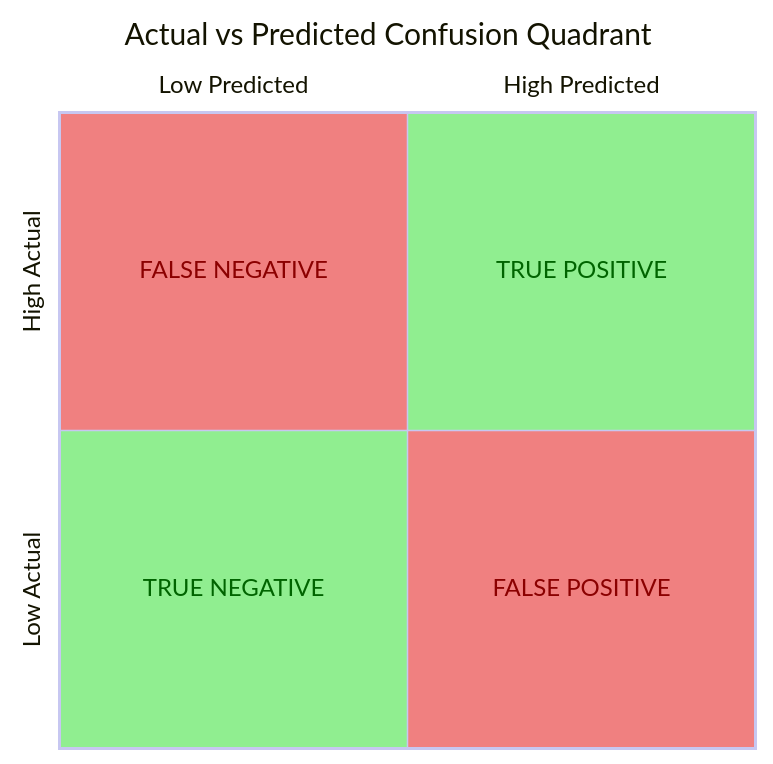
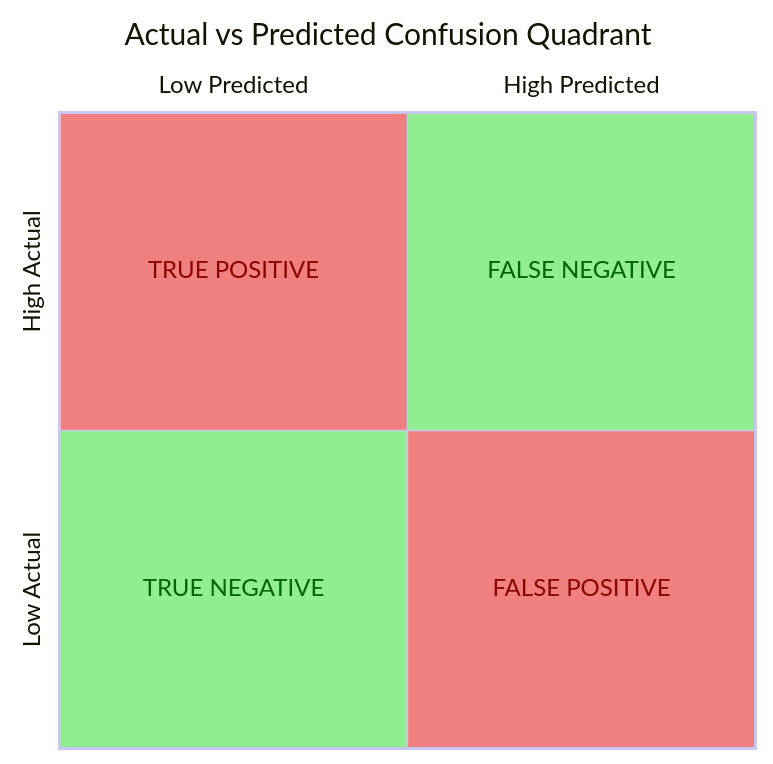
One commit to VanshDeshwal/notes changed the seventh of 7 diagrams in Data Science Notes/100 days of ML/Machine Learning Notes.md. Above: the diagram before and after it, drawn with Mermaid.

Commit message:
vault backup: 2025-08-05 01:22:43

````diff
--- a/Data Science Notes/100 days of ML/Machine Learning Notes.md
+++ b/Data Science Notes/100 days of ML/Machine Learning Notes.md
@@ -1555,24 +1555,24 @@
 ```mermaid
 %%{init: {
   "theme": "default",
   "themeVariables": {
     "quadrant1Fill": "#90ee90",
     "quadrant1TextFill": "#006400",
     "quadrant2Fill": "#f08080",
     "quadrant2TextFill": "#8b0000",
     "quadrant3Fill": "#90ee90",
     "quadrant3TextFill": "#006400",
     "quadrant4Fill": "#f08080",
     "quadrant4TextFill": "#8b0000"
   }
 }}%%
 quadrantChart
     title Actual vs Predicted Confusion Quadrant
     x-axis Low Predicted --> High Predicted
     y-axis Low Actual --> High Actual
-    quadrant-1 TRUE POSITIVE
-    quadrant-2 FALSE NEGATIVE
+    quadrant-1 FALSE NEGATIVE
+    quadrant-2 TRUE POSITIVE
     quadrant-3 TRUE NEGATIVE
     quadrant-4 FALSE POSITIVE
 
 ```
````
